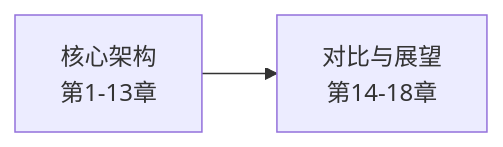
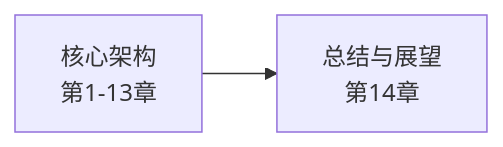
Before and after one commit to learner330/claw-code-book: the diagram in chapter-00/intro.md, drawn with Mermaid. The commit also changed other lines of this file and 19 other files, not shown here.

````diff
--- a/chapter-00/intro.md
+++ b/chapter-00/intro.md
@@ -18,4 +18,4 @@
 ```mermaid
 graph LR
-    A[核心架构<br/>第1-13章] --> B[对比与展望<br/>第14-18章]
+    A[核心架构<br/>第1-13章] --> B[总结与展望<br/>第14章]
 ```
````
